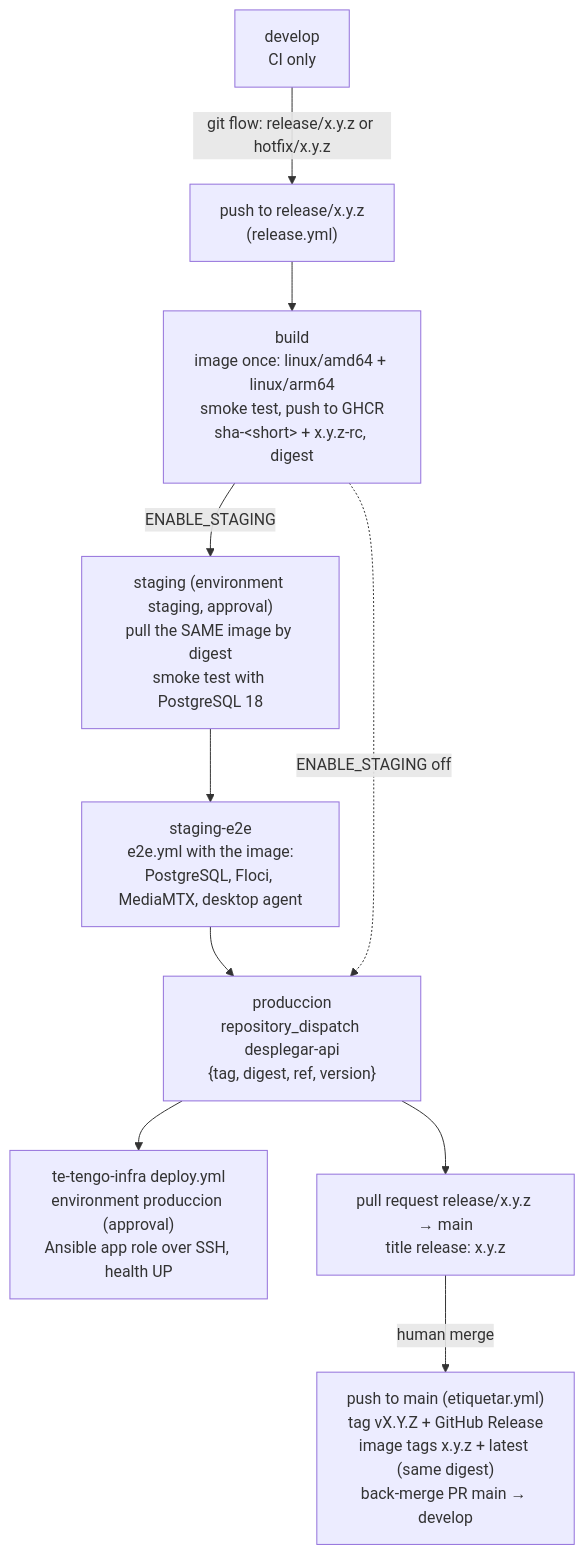
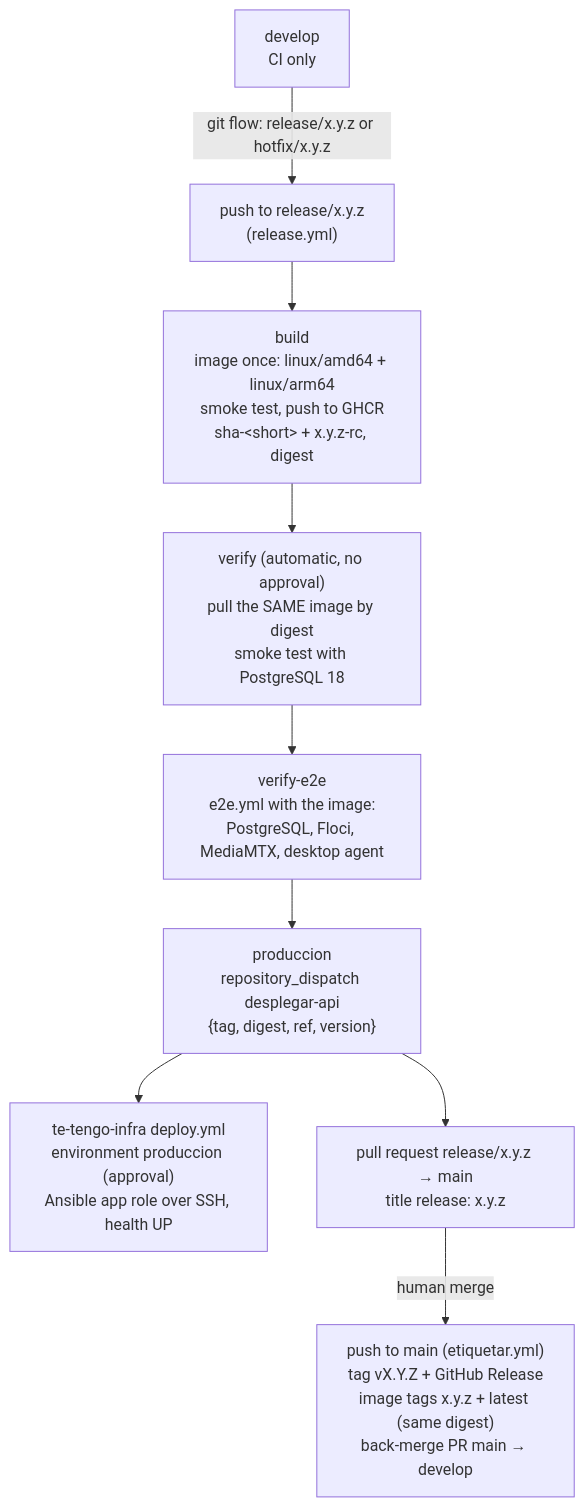
One commit to Te-Tengo-Tech/te-tengo-general-api changed the diagram in docs/DEPLOYMENT.md. Above: the diagram before and after it, drawn with Mermaid. The commit also changed other lines of this file and 8 other files, not shown here.

First line of the commit message:
ci: verify the release image automatically instead of a staging environment

````diff
--- a/docs/DEPLOYMENT.md
+++ b/docs/DEPLOYMENT.md
@@ -65,12 +65,11 @@
 ```mermaid
 flowchart TD
   dev["develop<br/>CI only"] -->|"git flow: release/x.y.z or hotfix/x.y.z"| push["push to release/x.y.z<br/>(release.yml)"]
   push --> build["build<br/>image once: linux/amd64 + linux/arm64<br/>smoke test, push to GHCR<br/>sha-&lt;short&gt; + x.y.z-rc, digest"]
-  build -->|"ENABLE_STAGING"| staging["staging (environment staging, approval)<br/>pull the SAME image by digest<br/>smoke test with PostgreSQL 18"]
-  staging --> e2e["staging-e2e<br/>e2e.yml with the image:<br/>PostgreSQL, Floci, MediaMTX, desktop agent"]
+  build --> verify["verify (automatic, no approval)<br/>pull the SAME image by digest<br/>smoke test with PostgreSQL 18"]
+  verify --> e2e["verify-e2e<br/>e2e.yml with the image:<br/>PostgreSQL, Floci, MediaMTX, desktop agent"]
   e2e --> prod["produccion<br/>repository_dispatch desplegar-api<br/>{tag, digest, ref, version}"]
-  build -.->|"ENABLE_STAGING off"| prod
   prod --> infra["te-tengo-infra deploy.yml<br/>environment produccion (approval)<br/>Ansible app role over SSH, health UP"]
   prod --> pr["pull request release/x.y.z → main<br/>title release: x.y.z"]
   pr -->|"human merge"| main["push to main (etiquetar.yml)<br/>tag vX.Y.Z + GitHub Release<br/>image tags x.y.z + latest (same digest)<br/>back-merge PR main → develop"]
 ```
````
